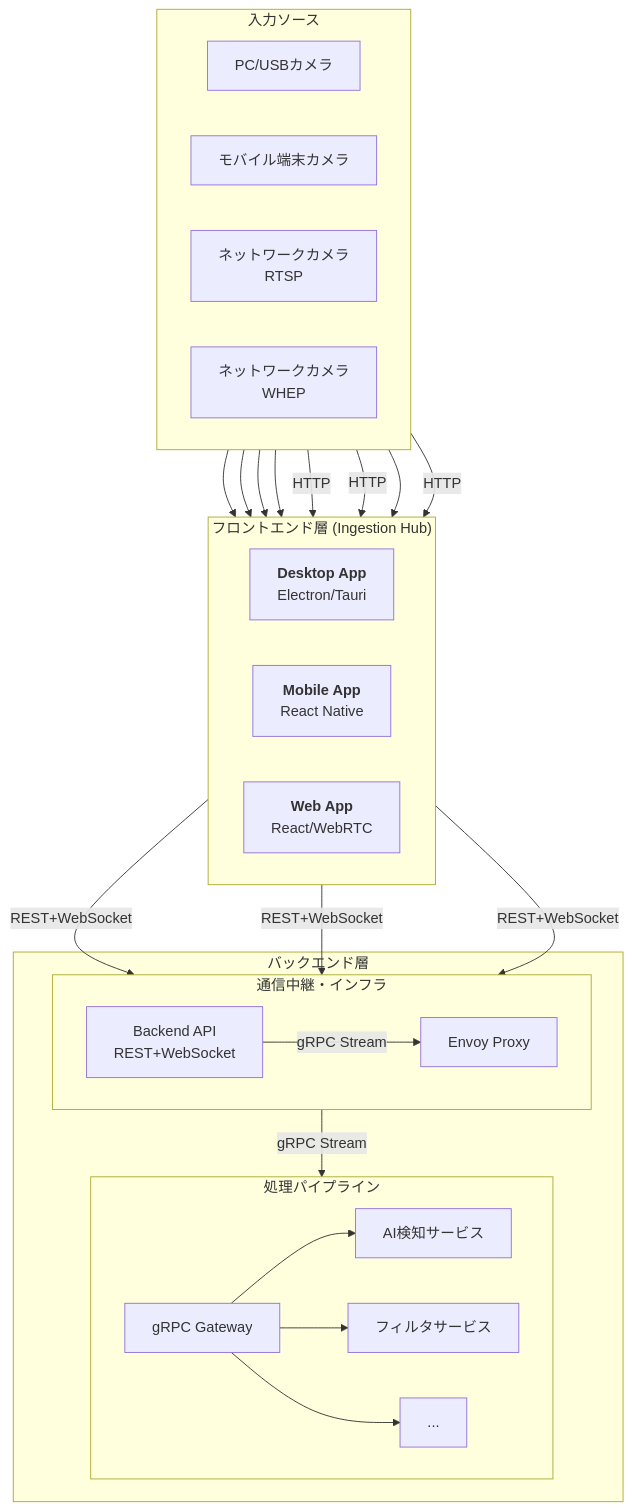
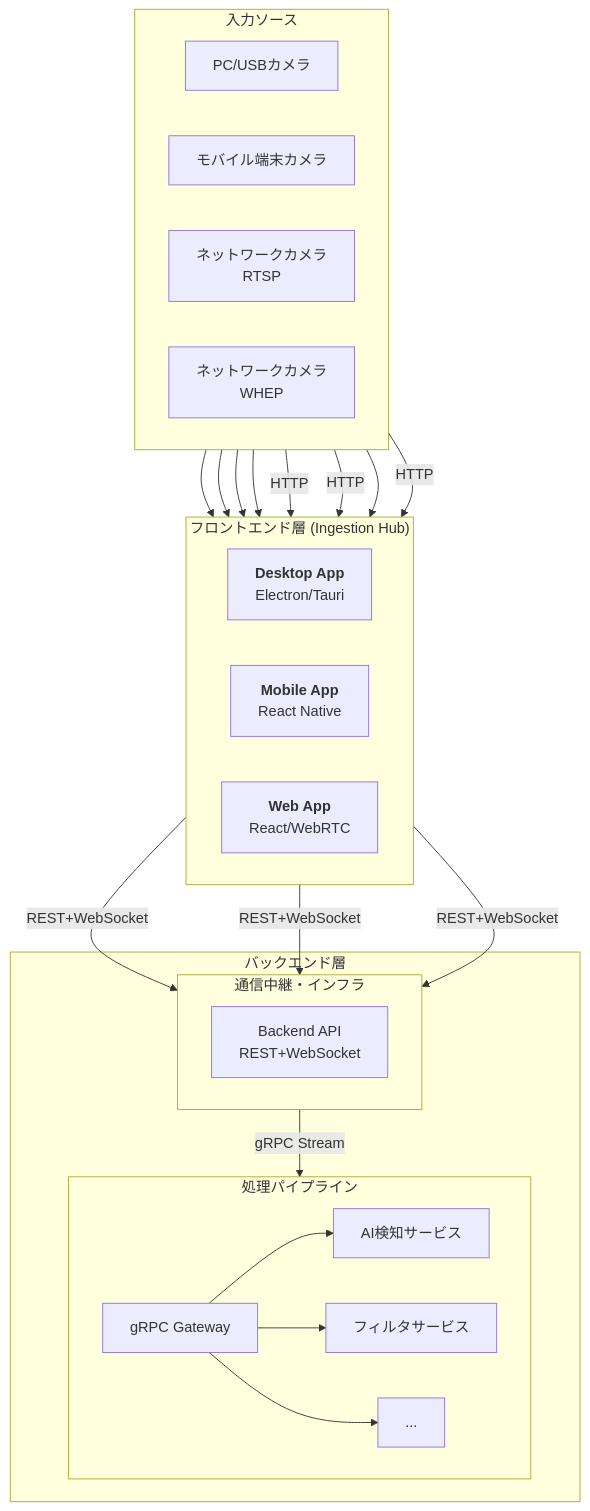
The diagram in docs/0300_設計_アプローチ1/0310_リアルタイム処理設計.md (daichiTAAA/ImageFlowCanvas), drawn with Mermaid before and after one commit. The commit also changed other lines of this file and 2 other files, not shown here.

Commit message:
Remove Envoy and direct gRPC references, unify frontend communication via REST+WebSocket

````diff
--- a/docs/0300_設計_アプローチ1/0310_リアルタイム処理設計.md
+++ b/docs/0300_設計_アプローチ1/0310_リアルタイム処理設計.md
@@ -17,48 +17,46 @@
 ```mermaid
 flowchart TD
     subgraph "入力ソース"  
         direction LR  
         LocalCam[PC/USBカメラ]  
         MobileCam[モバイル端末カメラ]  
         RTSPCam[ネットワークカメラ<br/>RTSP]  
         WHEPCam[ネットワークカメラ<br/>WHEP]  
     end
 
     subgraph "フロントエンド層 (Ingestion Hub)"  
         direction LR  
         DesktopApp[<b>Desktop App</b><br/>Electron/Tauri]  
         MobileApp[<b>Mobile App</b><br/>React Native]  
         WebApp[<b>Web App</b><br/>React/WebRTC]  
     end
 
     subgraph "バックエンド層"  
         subgraph "通信中継・インフラ"  
             direction LR  
-            Backend[Backend API<br/>REST+WebSocket]
-            Envoy[Envoy Proxy]  
+            Backend[Backend API<br/>REST+WebSocket]  
         end  
         subgraph "処理パイプライン"  
             direction LR  
             gRPCGateway[gRPC Gateway]  
             AIService[AI検知サービス]  
             FilterService[フィルタサービス]  
             etc[...]  
         end  
     end
 
     %% Flows  
     LocalCam --> DesktopApp  
     MobileCam --> MobileApp  
     RTSPCam --> DesktopApp & MobileApp  
     WHEPCam -->|HTTP| DesktopApp & MobileApp  
     LocalCam --> WebApp  
     WHEPCam -->|HTTP| WebApp
 
     DesktopApp -->|REST+WebSocket| Backend  
     MobileApp -->|REST+WebSocket| Backend  
     WebApp -->|REST+WebSocket| Backend  
       
-    Backend -->|gRPC Stream| Envoy
-    Envoy -->|gRPC Stream| gRPCGateway  
+    Backend -->|gRPC Stream| gRPCGateway  
     gRPCGateway --> AIService & FilterService & etc
 ```
````
